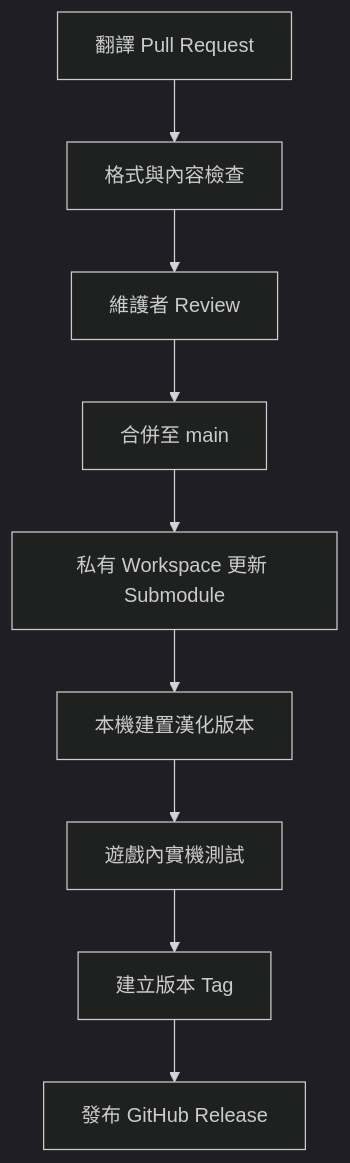
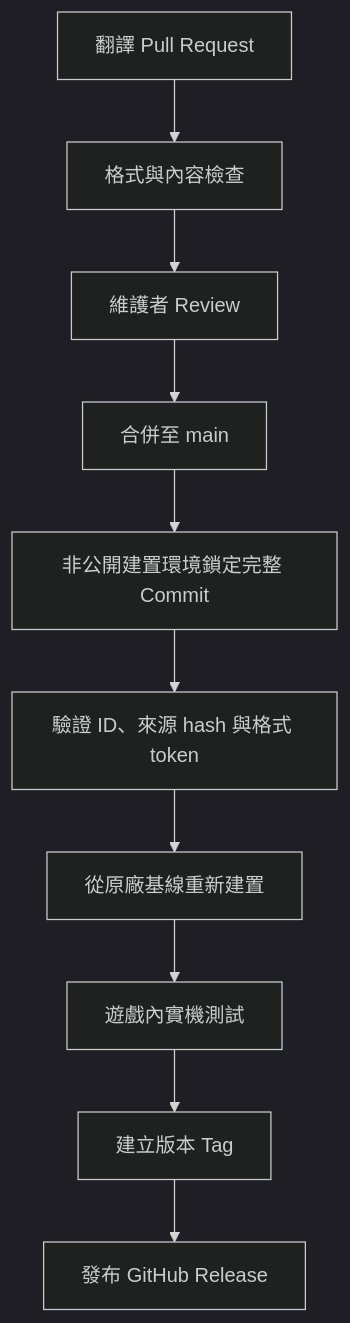
The second of 2 diagrams in README.md (AghDoo/Shantae-HGHU-TW), drawn with Mermaid (dark theme) before and after one commit. The commit also changed other lines of this file and 12 other files, not shown here.

````diff
--- a/README.md
+++ b/README.md
@@ -44,11 +44,12 @@
 ```mermaid
 flowchart TD
     PR["翻譯 Pull Request"] --> Validate["格式與內容檢查"]
     Validate --> Review["維護者 Review"]
     Review --> Merge["合併至 main"]
-    Merge --> Update["私有 Workspace 更新 Submodule"]
-    Update --> Build["本機建置漢化版本"]
-    Build --> Test["遊戲內實機測試"]
+    Merge --> Update["非公開建置環境鎖定完整 Commit"]
+    Update --> Build["驗證 ID、來源 hash 與格式 token"]
+    Build --> Rebuild["從原廠基線重新建置"]
+    Rebuild --> Test["遊戲內實機測試"]
     Test --> Tag["建立版本 Tag"]
     Tag --> Release["發布 GitHub Release"]
 ```
````
